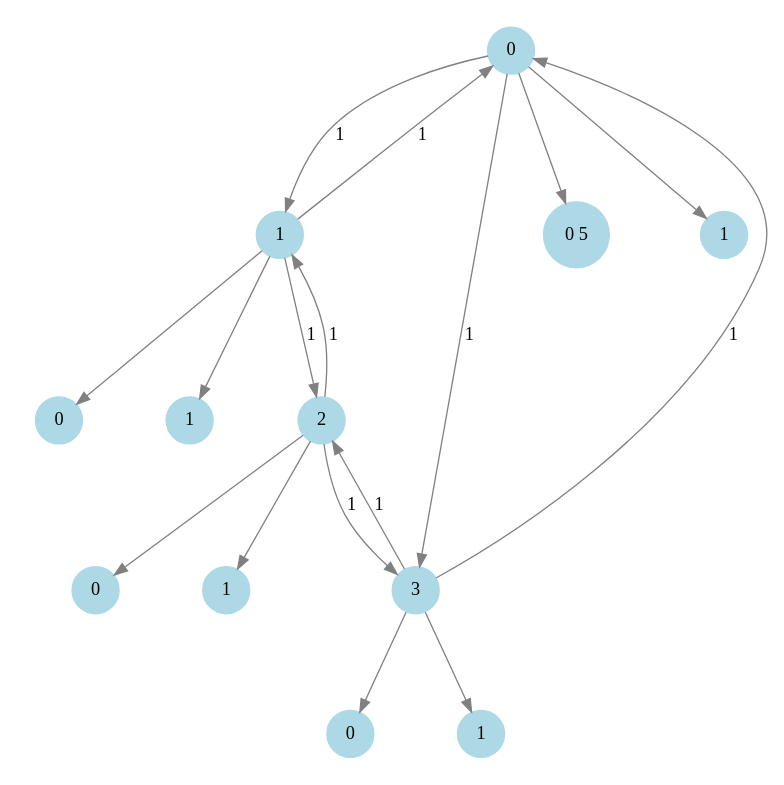
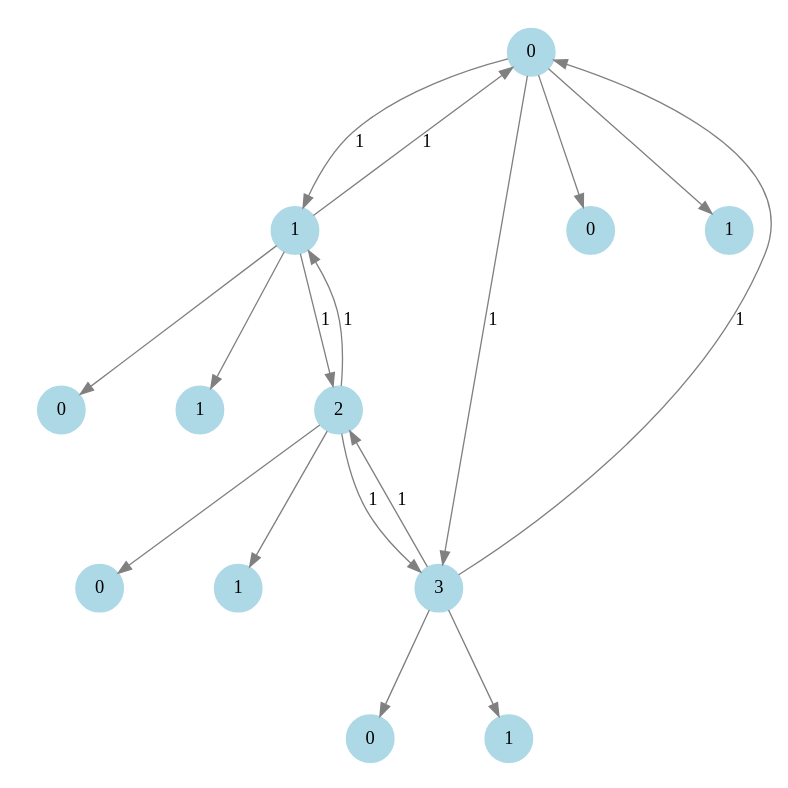
The diagram in Trabajo_Final/src/grafo.dot (Fede108/Algoritmos-y-estructura-de-Datos), drawn with Graphviz before and after one commit. The commit also changed 12 other files, not shown here.

```diff
--- a/Trabajo_Final/src/grafo.dot
+++ b/Trabajo_Final/src/grafo.dot
@@ -1,30 +1,30 @@
 digraph G {
     node [shape=circle, style=filled, color=lightblue];
     edge [color=gray, penwidth=1];
     size="8,8";
     ratio="fill";
     0 -> 1 [label="1"];
     0 -> 3 [label="1"];
     0 -> 00;
-    00 [label="0 5"];
+    00 [label="0"];
     0 -> 10;
     10 [label="1"];
     1 -> 0 [label="1"];
     1 -> 2 [label="1"];
     1 -> 01;
     01 [label="0"];
     1 -> 11;
     11 [label="1"];
     2 -> 1 [label="1"];
     2 -> 3 [label="1"];
     2 -> 02;
     02 [label="0"];
     2 -> 12;
     12 [label="1"];
     3 -> 0 [label="1"];
     3 -> 2 [label="1"];
     3 -> 03;
     03 [label="0"];
     3 -> 13;
     13 [label="1"];
 }
```
